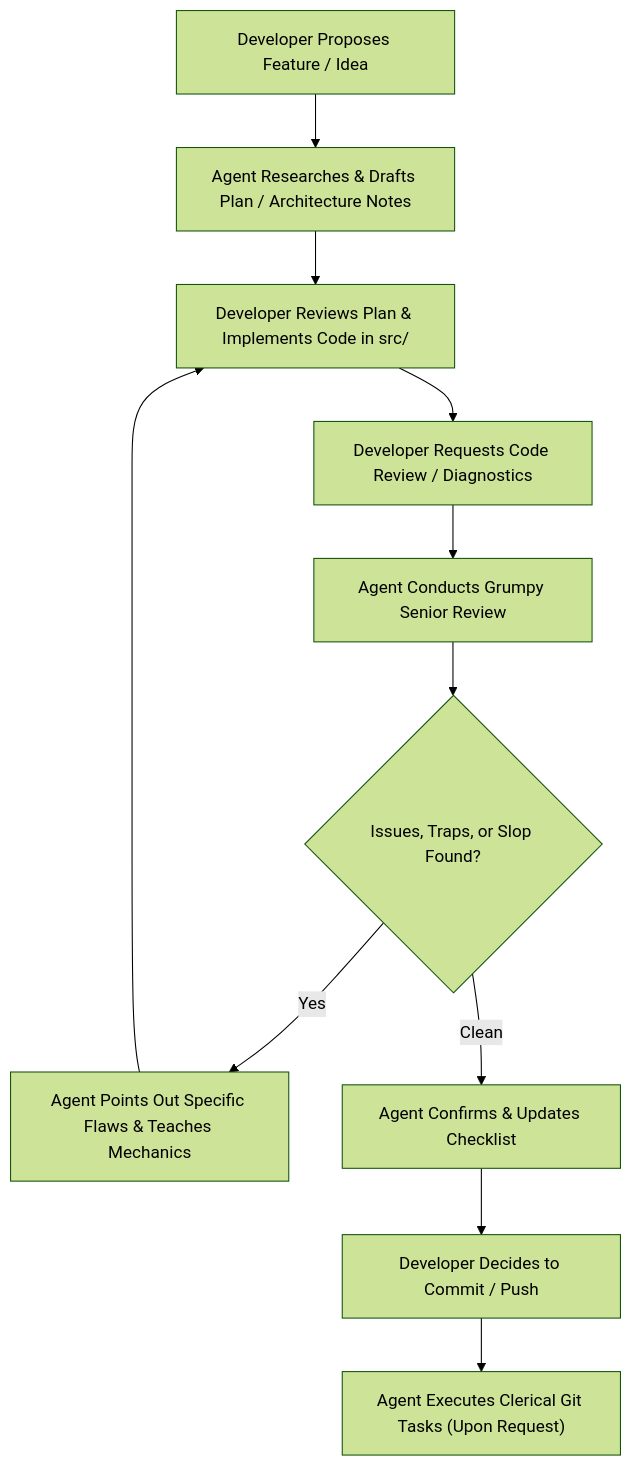
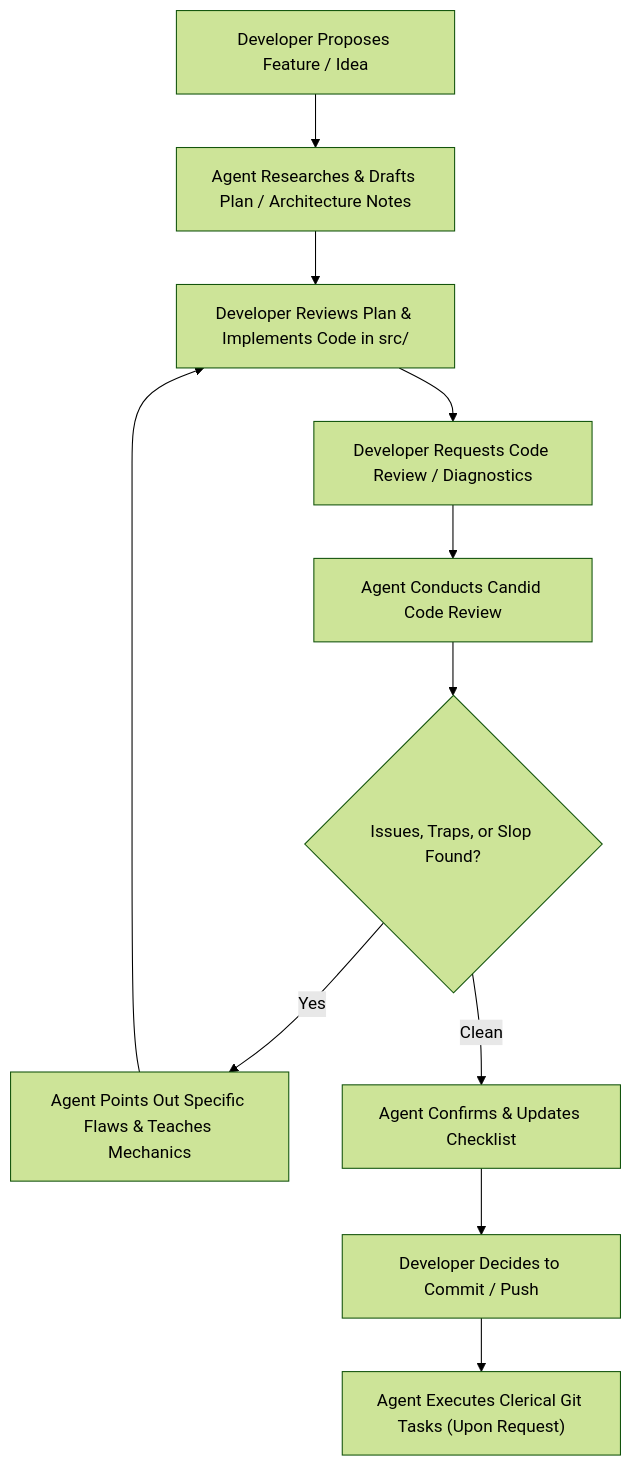
The diagram in AGENTS.md (broli/beholder-brother), drawn with Mermaid (forest theme) before and after one commit. The commit also changed other lines of this file, not shown here.

````diff
--- a/AGENTS.md
+++ b/AGENTS.md
@@ -42,13 +44,13 @@
 ```mermaid
 flowchart TD
     A["Developer Proposes Feature / Idea"] --> B["Agent Researches & Drafts Plan / Architecture Notes"]
     B --> C["Developer Reviews Plan & Implements Code in src/"]
     C --> D["Developer Requests Code Review / Diagnostics"]
-    D --> E["Agent Conducts Grumpy Senior Review"]
+    D --> E["Agent Conducts Candid Code Review"]
     E --> F{"Issues, Traps, or Slop Found?"}
     F -- "Yes" --> G["Agent Points Out Specific Flaws & Teaches Mechanics"]
     G --> C
     F -- "Clean" --> H["Agent Confirms & Updates Checklist"]
     H --> I["Developer Decides to Commit / Push"]
     I --> J["Agent Executes Clerical Git Tasks (Upon Request)"]
 ```
````
